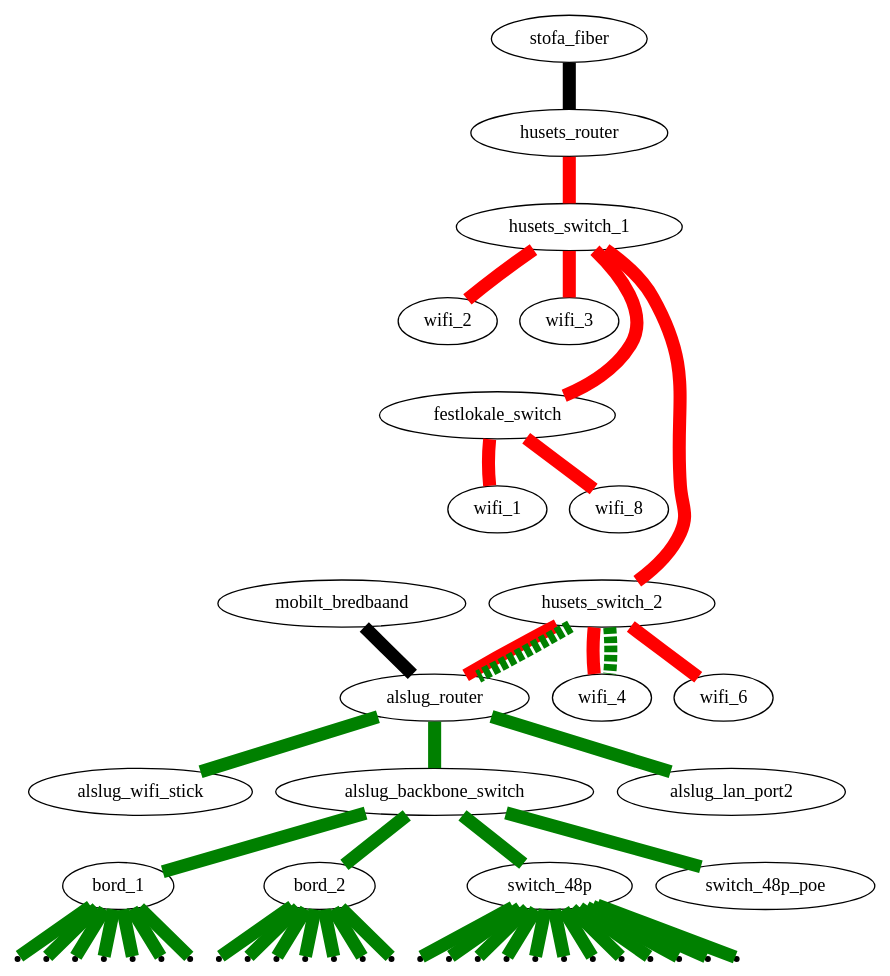
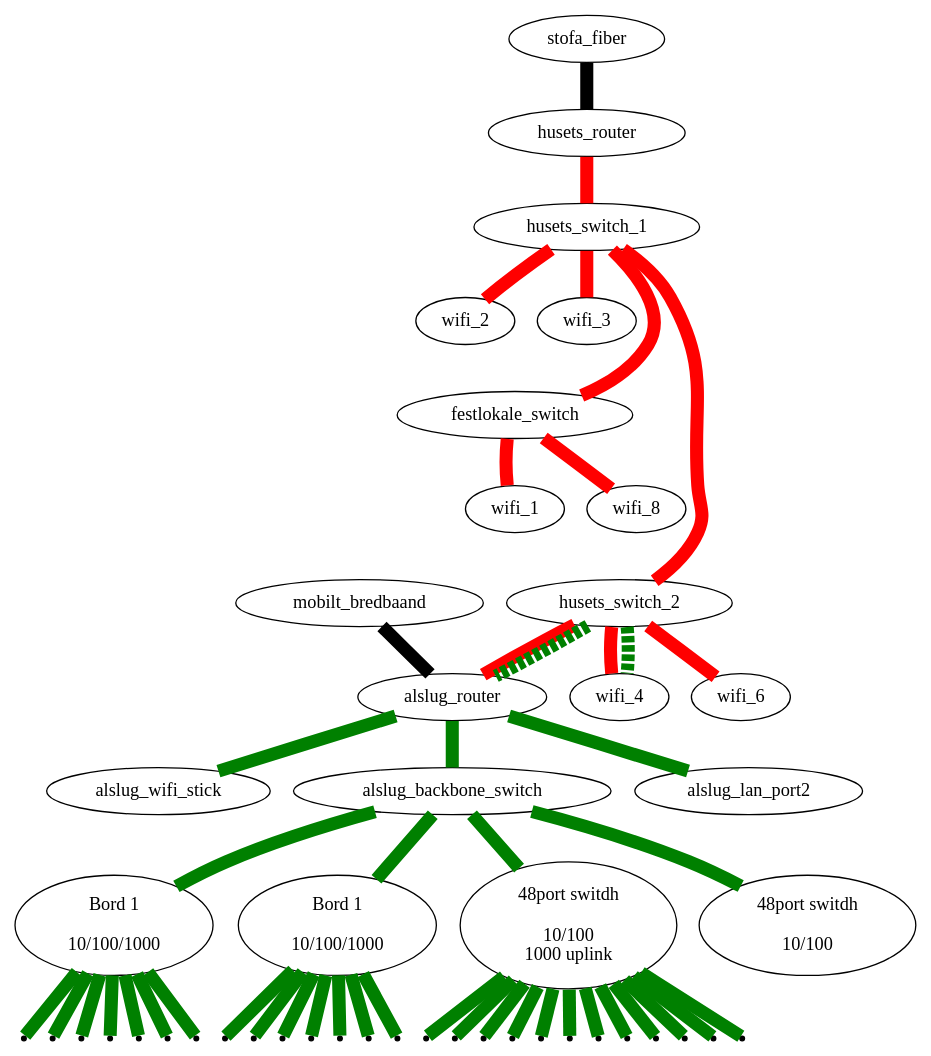
One commit to alslug/alslug.dk changed the diagram in projekter/network.dot. Above: the diagram before and after it, drawn with Graphviz.

```diff
--- a/projekter/network.dot
+++ b/projekter/network.dot
@@ -1,44 +1,49 @@
 digraph xxx {
 #  link_12a [ shape=point ];
 #  link_12b [ shape=point ];
 #  link_12c [ shape=point ];
   edge [ dir=none penwidth=10 ];
   
   // Internet forbindelser
   stofa_fiber      -> husets_router [ fillcolor=black style=filled ];
   mobilt_bredbaand -> alslug_router [ fillcolor=black style=filled ];
   
   // Husets forbindelser
   edge  [ color=red style=solid ];
   husets_router -> husets_switch_1 -> { wifi_2 wifi_3 };
   husets_switch_1 -> #link_12a -> link_12b -> link_12c -> 
                                                           husets_switch_2 -> { wifi_4 wifi_6 alslug_router};
   husets_switch_1 -> festlokale_switch -> { wifi_1 wifi_8 };
 
   // VLAN forbindelser over bakkensbros netværk
   edge  [ color=green style=dashed ];
   husets_switch_2 -> { alslug_router wifi_4 };
   
   // Interne forbindelser
   edge [ color=green style=solid ];
   alslug_router -> { alslug_wifi_stick alslug_backbone_switch alslug_lan_port2 };
   alslug_backbone_switch -> { bord_1 bord_2 switch_48p switch_48p_poe }
   
+  bord_1 [ label="Bord 1\n\n10/100/1000"];
+  bord_2 [ label="Bord 1\n\n10/100/1000"];
+  switch_48p [ label="48port switdh\n\n10/100\n1000 uplink"];
+  switch_48p_poe [ label="48port switdh\n\n10/100"];
+
   node [ shape=point ];
   bord_1 -> {
                   bord_1_1 bord_1_2 bord_1_3 bord_1_4
                   bord_1_5 bord_1_6 bord_1_7
                 }
   bord_2 -> {
                   bord_2_1 bord_2_2 bord_2_3 bord_2_4
                   bord_2_5 bord_2_6 bord_2_7
                 }
   switch_48p -> {
                   switch_48p_1 switch_48p_2 switch_48p_3 switch_48p_4
                   switch_48p_5 switch_48p_6 switch_48p_7 switch_48p_8
                   switch_48p_9 switch_48p_10 switch_48p_11 switch_48p_12
                 }
   
   edge [ color=invis ];
   husets_switch_1 -> wifi_2 -> festlokale_switch -> wifi_1 -> husets_switch_2;
 }
```
